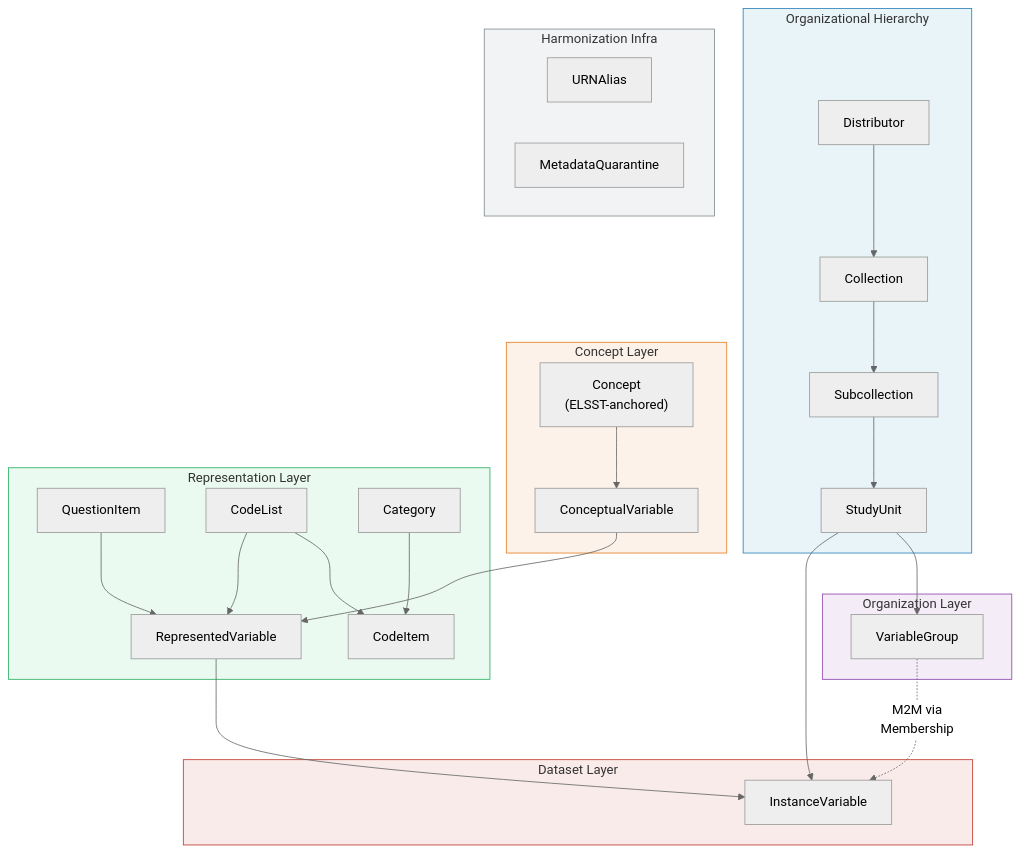
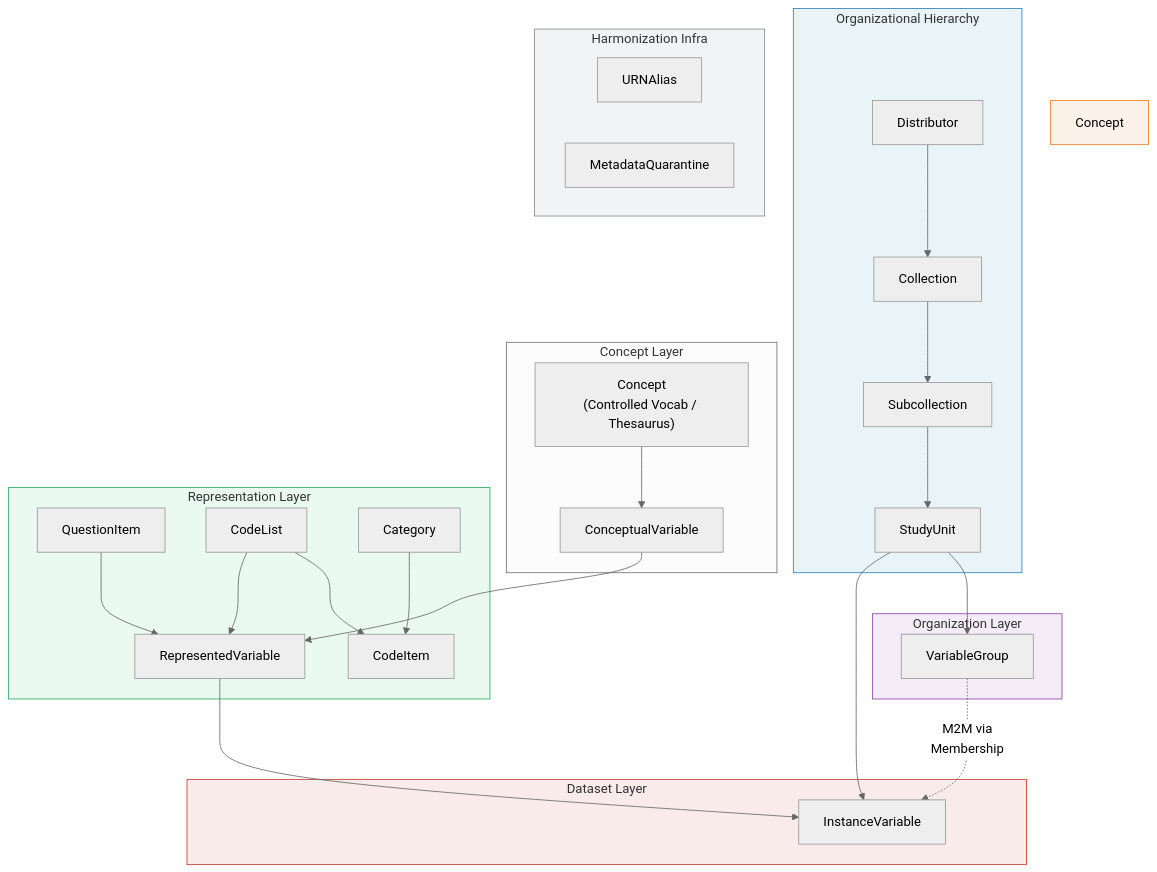
One commit to PlgaH/fairwddi-wp3-3 changed the second of 2 diagrams in deliverables/database.md. Above: the diagram before and after it, drawn with Mermaid (neutral theme). The commit also changed other lines of this file and 36 other files, not shown here.

Commit message:
feat: implement core DDI lifecycle data models, PostgreSQL DDL schema, and initialization utilities

````diff
--- a/deliverables/database.md
+++ b/deliverables/database.md
@@ -535,42 +596,42 @@
 ```mermaid
 flowchart TB
     subgraph Org ["Organizational Hierarchy"]
         Dist["Distributor"] --> Coll["Collection"]
         Coll --> Sub["Subcollection"]
         Sub --> SU["StudyUnit"]
     end
 
-    subgraph Concept ["Concept Layer"]
-        ELSST["Concept\n(ELSST-anchored)"] --> CV["ConceptualVariable"]
+    subgraph ConceptLayer ["Concept Layer"]
+        ConceptNode["Concept\n(Controlled Vocab / Thesaurus)"] --> CV["ConceptualVariable"]
     end
 
     subgraph Rep ["Representation Layer"]
         CV --> RV["RepresentedVariable"]
         QI["QuestionItem"] --> RV
         CL["CodeList"] --> RV
         CL --> CI["CodeItem"]
         Cat["Category"] --> CI
     end
 
     subgraph Data ["Dataset Layer"]
         SU["StudyUnit"] --> IV["InstanceVariable"]
         RV --> IV
     end
 
     subgraph Group ["Organization Layer"]
         SU --> VG["VariableGroup"]
         VG -.->|"M2M via\nMembership"| IV
     end
 
     subgraph Infra ["Harmonization Infra"]
         UA["URNAlias"]
         MQ["MetadataQuarantine"]
     end
 
     style Org fill:#e8f4f8,stroke:#2980b9
     style Concept fill:#fdf2e9,stroke:#e67e22
     style Rep fill:#eafaf1,stroke:#27ae60
     style Data fill:#f9ebea,stroke:#c0392b
     style Group fill:#f4ecf7,stroke:#8e44ad
     style Infra fill:#f2f3f4,stroke:#7f8c8d
 ```
````
